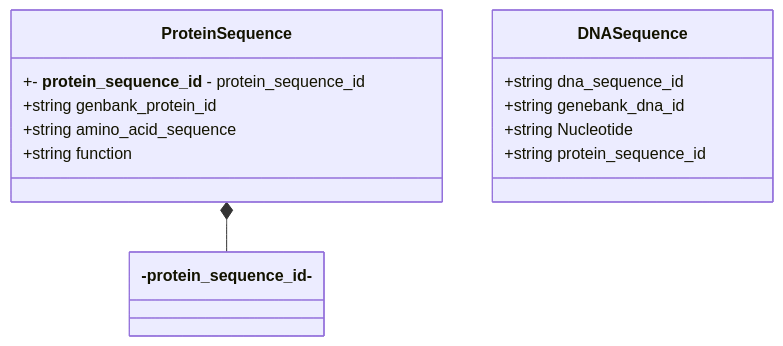
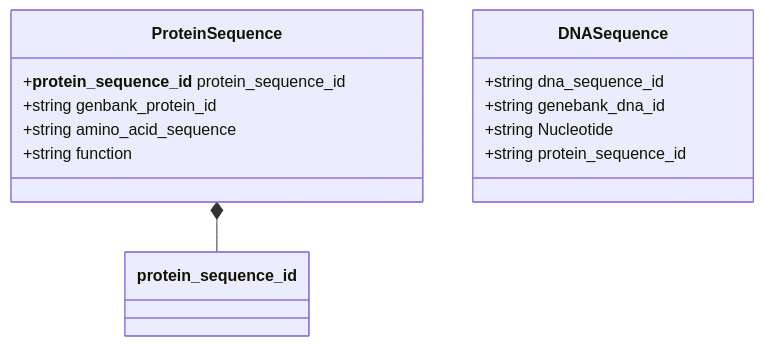
Before and after one commit to maxim945/Database-present: the diagram in PyEEDexample1/schemes/PyEED Data Model.md, drawn with Mermaid. The commit also changed 2 other files, not shown here.

Commit message:
API update

````diff
--- a/PyEEDexample1/schemes/PyEED Data Model.md
+++ b/PyEEDexample1/schemes/PyEED Data Model.md
@@ -1,19 +1,19 @@
 ```mermaid
 classDiagram
-    ProteinSequence *-- - __protein_sequence_id__ -
+    ProteinSequence *-- __protein_sequence_id__
     
     class ProteinSequence {
-        +- __protein_sequence_id__ - protein_sequence_id
+        +__protein_sequence_id__ protein_sequence_id
         +string genbank_protein_id
         +string amino_acid_sequence
         +string function
     }
     
     class DNASequence {
         +string dna_sequence_id
         +string genebank_dna_id
         +string Nucleotide
         +string protein_sequence_id
     }
     
 ```
````
